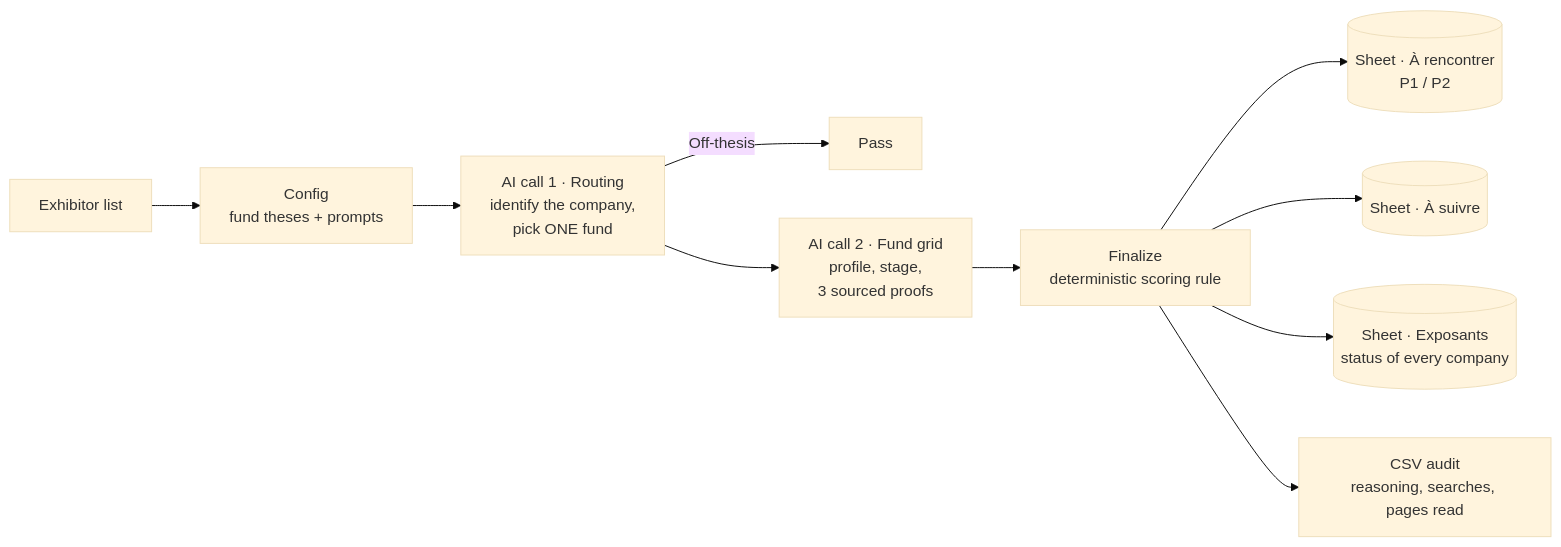
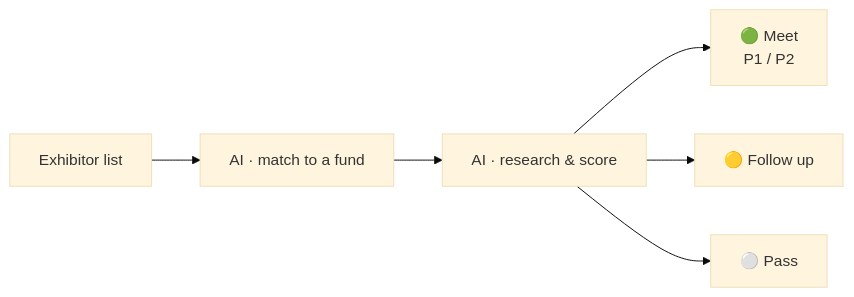
Before and after one commit to Thibaud-ekip/starquest-dealflow-screening: the diagram in README.md, drawn with Mermaid (base theme). The commit also changed other lines of this file, not shown here.

````diff
--- a/README.md
+++ b/README.md
@@ -11,12 +5,7 @@
 ```mermaid
 flowchart LR
-    A[Exhibitor list] --> B[Config<br/>fund theses + prompts]
-    B --> C["AI call 1 · Routing<br/>identify the company,<br/>pick ONE fund"]
-    C -->|Off-thesis| P[Pass]
-    C --> D["AI call 2 · Fund grid<br/>profile, stage,<br/>3 sourced proofs"]
-    D --> E[Finalize<br/>deterministic scoring rule]
-    E --> S1[(Sheet · À rencontrer<br/>P1 / P2)]
-    E --> S2[(Sheet · À suivre)]
-    E --> S3[(Sheet · Exposants<br/>status of every company)]
-    E --> S4[CSV audit<br/>reasoning, searches, pages read]
+    A[Exhibitor list] --> B[AI · match to a fund] --> C[AI · research & score]
+    C --> D[🟢 Meet<br/>P1 / P2]
+    C --> E[🟡 Follow up]
+    C --> F[⚪ Pass]
 ```
````
